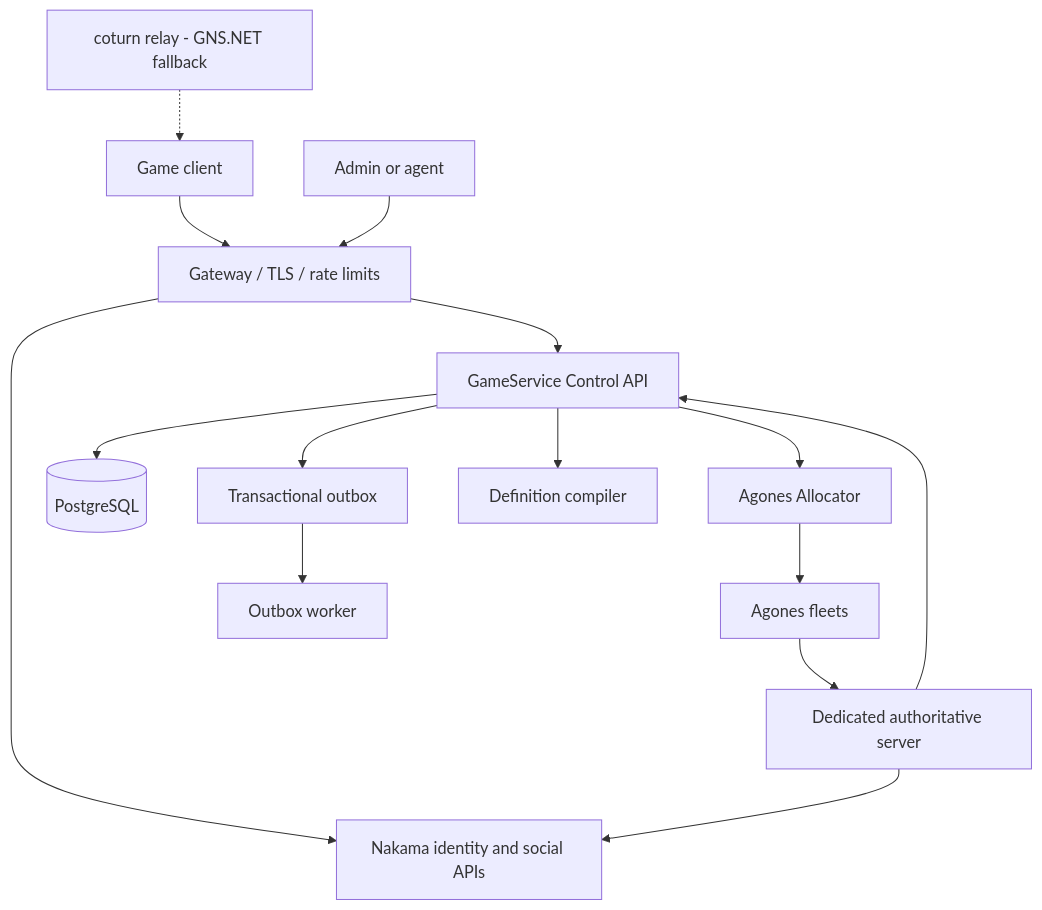
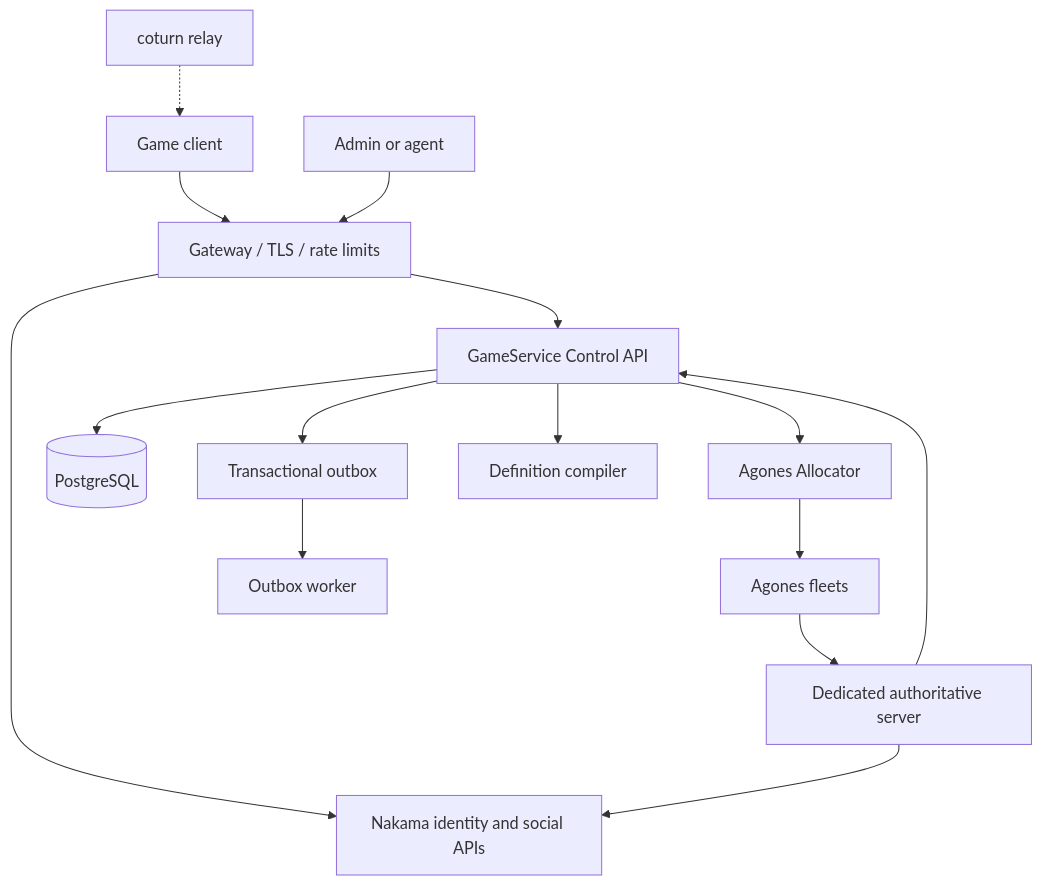
Before and after one commit to Dankular/GS: the diagram in README.md, drawn with Mermaid.

Commit message:
Fix README Mermaid relay topology

````diff
--- a/README.md
+++ b/README.md
@@ -94,17 +94,17 @@
 ```mermaid
 flowchart TB
     Client[Game client] --> Edge[Gateway / TLS / rate limits]
     Admin[Admin or agent] --> Edge
     Edge --> Nakama[Nakama identity and social APIs]
     Edge --> API[GameService Control API]
     API --> DB[(PostgreSQL)]
     API --> Outbox[Transactional outbox]
     Outbox --> Worker[Outbox worker]
     API --> Compiler[Definition compiler]
     API --> Allocator[Agones Allocator]
     Allocator --> Fleet[Agones fleets]
     Fleet --> Server[Dedicated authoritative server]
     Server --> Nakama
     Server --> API
-    Relay["coturn relay - GNS.NET fallback"] -.-> Client
+    Relay["coturn relay"] -.-> Client
 ```
````
